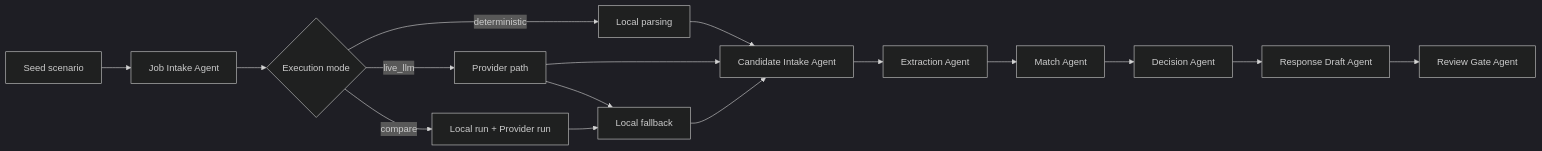
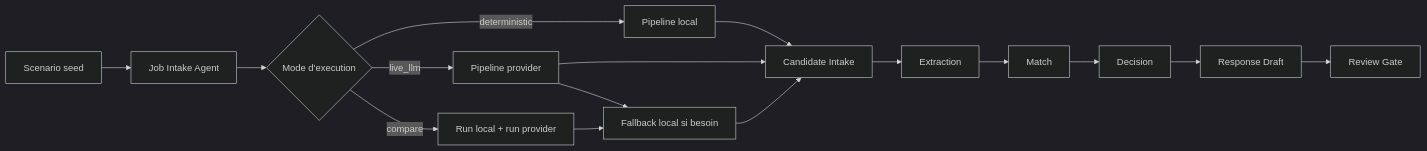
The diagram in README.md (lewenbach228/MAS---Agent-Assistant-Recrutement), drawn with Mermaid (dark theme) before and after one commit. The commit also changed other lines of this file and 2 other files, not shown here.

````diff
--- a/README.md
+++ b/README.md
@@ -24,18 +175,18 @@
 ```mermaid
 flowchart LR
-  A[Seed scenario] --> B[Job Intake Agent]
-  B --> C{Execution mode}
-  C -->|deterministic| D[Local parsing]
-  C -->|live_llm| E[Provider path]
-  C -->|compare| F[Local run + Provider run]
-  E --> G[Local fallback]
+  A[Scenario seed] --> B[Job Intake Agent]
+  B --> C{Mode d'execution}
+  C -->|deterministic| D[Pipeline local]
+  C -->|live_llm| E[Pipeline provider]
+  C -->|compare| F[Run local + run provider]
+  E --> G[Fallback local si besoin]
   F --> G
-  D --> H[Candidate Intake Agent]
+  D --> H[Candidate Intake]
   E --> H
   G --> H
-  H --> I[Extraction Agent]
-  I --> J[Match Agent]
-  J --> K[Decision Agent]
-  K --> L[Response Draft Agent]
-  L --> M[Review Gate Agent]
+  H --> I[Extraction]
+  I --> J[Match]
+  J --> K[Decision]
+  K --> L[Response Draft]
+  L --> M[Review Gate]
 ```
````
